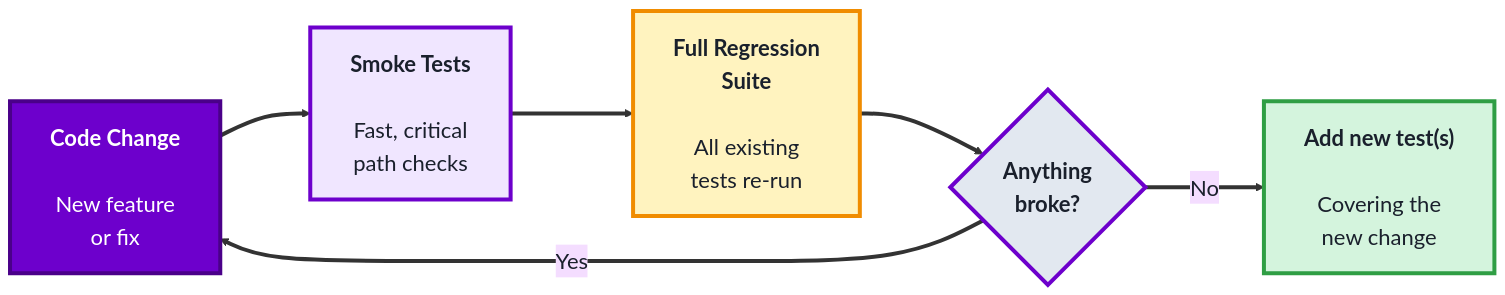
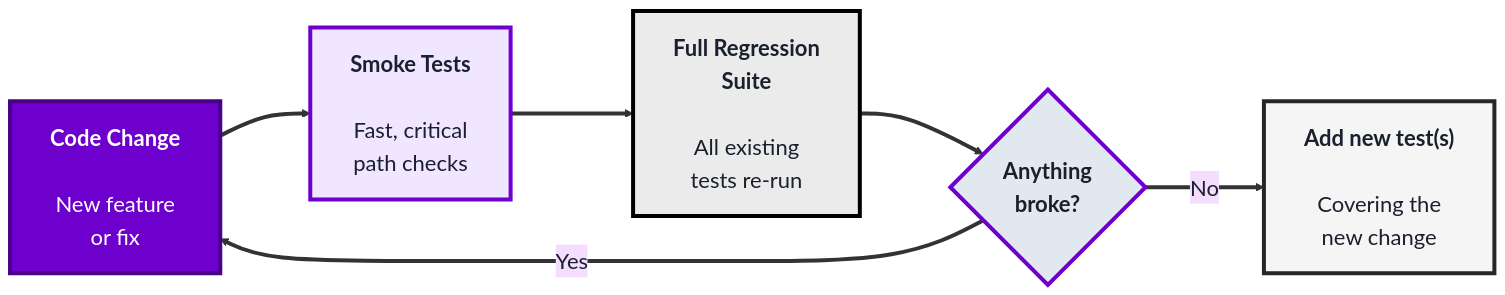
The second of 3 diagrams in src/Pages/courses/TechQA/module-8-cicd-testing.md (SHEMODELTECH/shemodeltech), drawn with Mermaid before and after one commit. The commit also changed other lines of this file and 46 other files, not shown here.

````diff
--- a/src/Pages/courses/TechQA/module-8-cicd-testing.md
+++ b/src/Pages/courses/TechQA/module-8-cicd-testing.md
@@ -98,20 +98,20 @@
 ```mermaid
 %%{init: {'theme':'base', 'themeVariables': {'fontSize':'22px', 'primaryTextColor':'#1a202c', 'primaryBorderColor':'#4a0089', 'lineColor':'#333333'}, 'flowchart': {'nodeSpacing': 70, 'rankSpacing': 90, 'padding': 20}}}%%
 flowchart LR
     CH["<b>Code Change</b><br/><br/>New feature<br/>or fix"]
     SM["<b>Smoke Tests</b><br/><br/>Fast, critical<br/>path checks"]
     FULL["<b>Full Regression<br/>Suite</b><br/><br/>All existing<br/>tests re-run"]
     RES{"<b>Anything<br/>broke?</b>"}
     NEW["<b>Add new test(s)</b><br/><br/>Covering the<br/>new change"]
 
     CH ==> SM ==> FULL ==> RES
     RES ==>|No| NEW
     RES ==>|Yes| CH
 
     style CH fill:#6d00cc,color:#fff,stroke:#4a0089,stroke-width:4px
     style SM fill:#f0e6ff,color:#1a202c,stroke:#6d00cc,stroke-width:4px
-    style FULL fill:#fff3bf,color:#1a202c,stroke:#f08c00,stroke-width:4px
+    style FULL fill:#EBEBEB,color:#1a202c,stroke:#000000,stroke-width:4px
     style RES fill:#e2e8f0,color:#1a202c,stroke:#6d00cc,stroke-width:4px
-    style NEW fill:#d4f4dd,color:#1a202c,stroke:#2f9e44,stroke-width:4px
+    style NEW fill:#F5F5F5,color:#1a202c,stroke:#262626,stroke-width:4px
     linkStyle default stroke-width:4px,stroke:#333333
 ```
````
